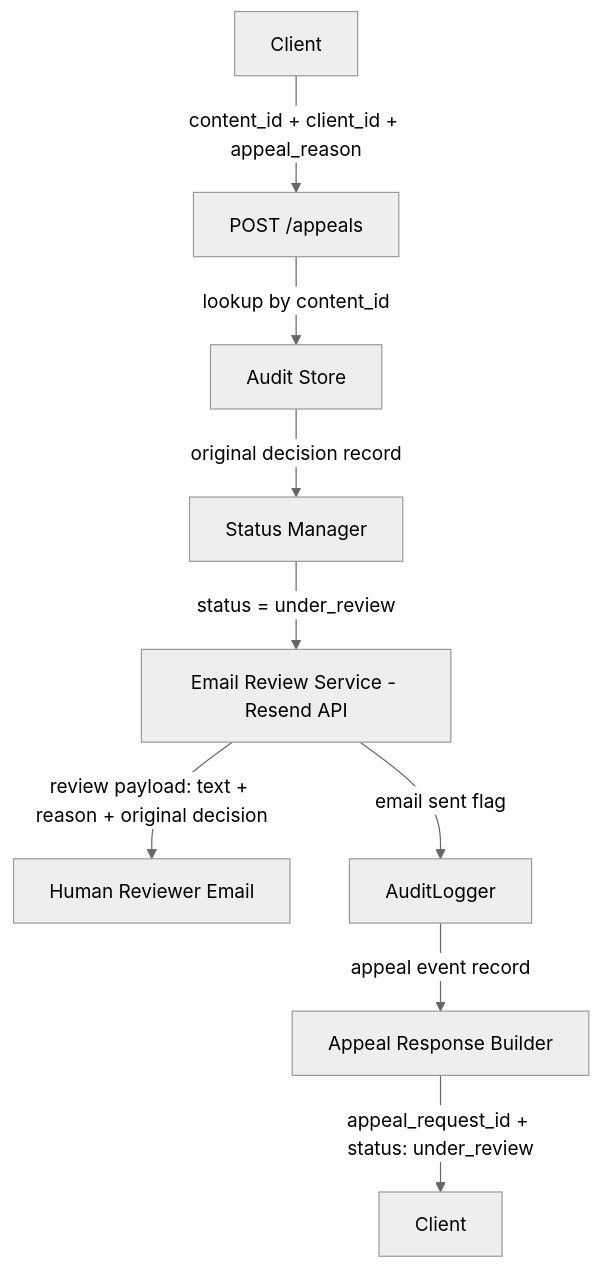
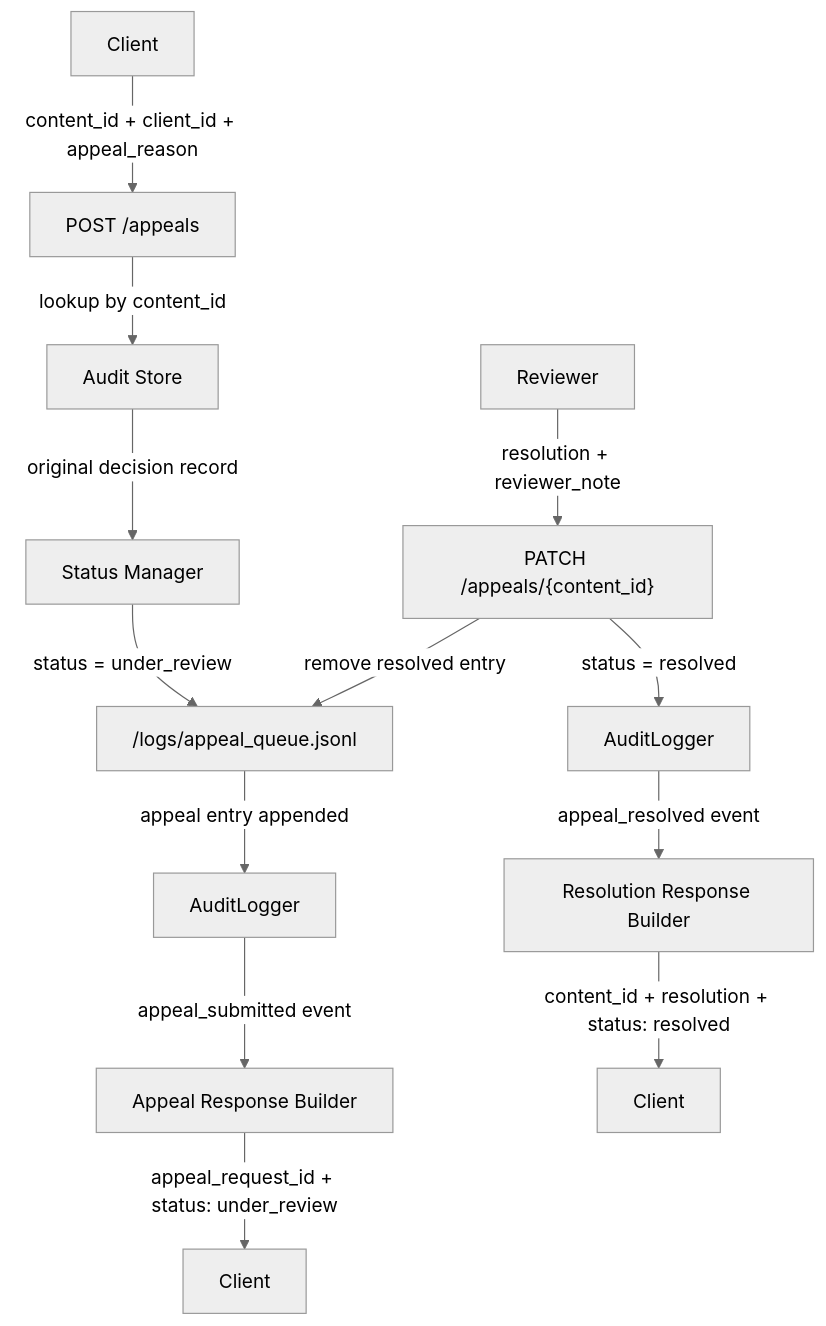
The second of 2 diagrams in planning.md (MiaNguyen912/ai201-project4-provenance-guard), drawn with Mermaid (neutral theme) before and after one commit. The commit also changed other lines of this file, not shown here.

````diff
--- a/planning.md
+++ b/planning.md
@@ -335,12 +375,17 @@
 ```mermaid
 flowchart TD
 
 A[Client] -->|"content_id + client_id + appeal_reason"| B["POST /appeals"]
 B -->|lookup by content_id| C[Audit Store]
 C -->|original decision record| D[Status Manager]
-D -->|"status = under_review"| E["Email Review Service - Resend API"]
-E -->|"review payload: text + reason + original decision"| F[Human Reviewer Email]
-E -->|email sent flag| G[AuditLogger]
-G -->|appeal event record| H[Appeal Response Builder]
-H -->|"appeal_request_id + status: under_review"| I[Client]
+D -->|"status = under_review"| E["/logs/appeal_queue.jsonl"]
+E -->|appeal entry appended| F[AuditLogger]
+F -->|appeal_submitted event| G[Appeal Response Builder]
+G -->|"appeal_request_id + status: under_review"| H[Client]
+
+I["Reviewer"] -->|"resolution + reviewer_note"| J["PATCH /appeals/{content_id}"]
+J -->|remove resolved entry| E
+J -->|"status = resolved"| K[AuditLogger]
+K -->|appeal_resolved event| L[Resolution Response Builder]
+L -->|"content_id + resolution + status: resolved"| M[Client]
 ```
````
